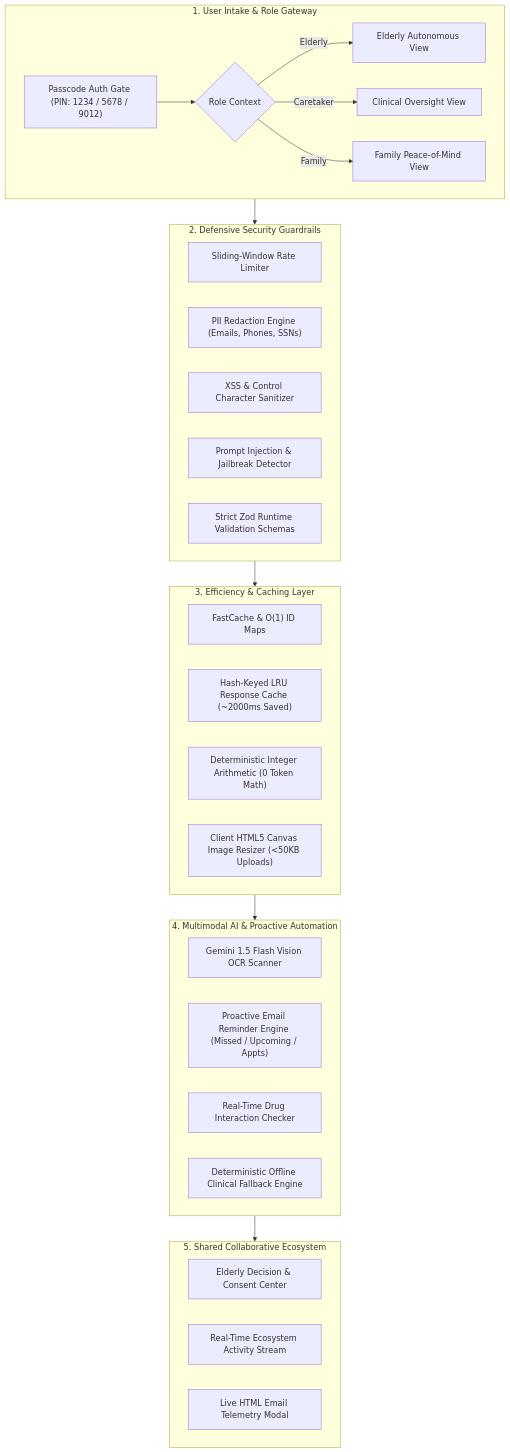
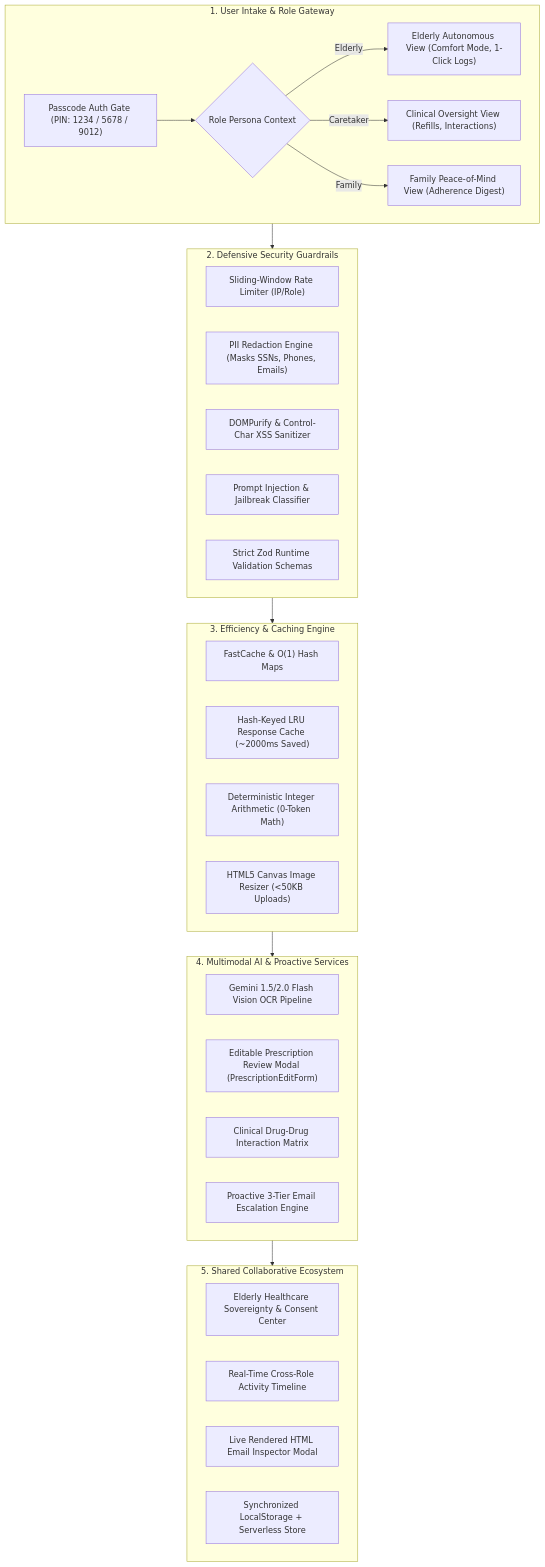
One commit to 2007Talha/ElderlyCareApp changed the diagram in README.md. Above: the diagram before and after it, drawn with Mermaid. The commit also changed other lines of this file, not shown here.

Commit message:
docs: enrich README with comprehensive 8 standout unique features, architecture, and judge walkthrough

````diff
--- a/README.md
+++ b/README.md
@@ -64,42 +128,43 @@
 ```mermaid
 flowchart TD
     subgraph Intake["1. User Intake & Role Gateway"]
-        A["Passcode Auth Gate (PIN: 1234 / 5678 / 9012)"] --> B{"Role Context"}
-        B -->|Elderly| C1["Elderly Autonomous View"]
-        B -->|Caretaker| C2["Clinical Oversight View"]
-        B -->|Family| C3["Family Peace-of-Mind View"]
+        A["Passcode Auth Gate (PIN: 1234 / 5678 / 9012)"] --> B{"Role Persona Context"}
+        B -->|Elderly| C1["Elderly Autonomous View (Comfort Mode, 1-Click Logs)"]
+        B -->|Caretaker| C2["Clinical Oversight View (Refills, Interactions)"]
+        B -->|Family| C3["Family Peace-of-Mind View (Adherence Digest)"]
     end
 
     subgraph Security["2. Defensive Security Guardrails"]
-        D1["Sliding-Window Rate Limiter"]
-        D2["PII Redaction Engine (Emails, Phones, SSNs)"]
-        D3["XSS & Control Character Sanitizer"]
-        D4["Prompt Injection & Jailbreak Detector"]
+        D1["Sliding-Window Rate Limiter (IP/Role)"]
+        D2["PII Redaction Engine (Masks SSNs, Phones, Emails)"]
+        D3["DOMPurify & Control-Char XSS Sanitizer"]
+        D4["Prompt Injection & Jailbreak Classifier"]
         D5["Strict Zod Runtime Validation Schemas"]
     end
 
-    subgraph Efficiency["3. Efficiency & Caching Layer"]
-        E1["FastCache & O(1) ID Maps"]
+    subgraph Efficiency["3. Efficiency & Caching Engine"]
+        E1["FastCache & O(1) Hash Maps"]
         E2["Hash-Keyed LRU Response Cache (~2000ms Saved)"]
-        E3["Deterministic Integer Arithmetic (0 Token Math)"]
-        E4["Client HTML5 Canvas Image Resizer (<50KB Uploads)"]
+        E3["Deterministic Integer Arithmetic (0-Token Math)"]
+        E4["HTML5 Canvas Image Resizer (<50KB Uploads)"]
     end
 
-    subgraph Engine["4. Multimodal AI & Proactive Automation"]
-        F1["Gemini 1.5 Flash Vision OCR Scanner"]
-        F2["Proactive Email Reminder Engine (Missed / Upcoming / Appts)"]
-        F3["Real-Time Drug Interaction Checker"]
-        F4["Deterministic Offline Clinical Fallback Engine"]
+    subgraph CoreEngine["4. Multimodal AI & Proactive Services"]
+        F1["Gemini 1.5/2.0 Flash Vision OCR Pipeline"]
+        F2["Editable Prescription Review Modal (PrescriptionEditForm)"]
+        F3["Clinical Drug-Drug Interaction Matrix"]
+        F4["Proactive 3-Tier Email Escalation Engine"]
     end
 
-    subgraph Shared["5. Shared Collaborative Ecosystem"]
-        G1["Elderly Decision & Consent Center"]
-        G2["Real-Time Ecosystem Activity Stream"]
-        G3["Live HTML Email Telemetry Modal"]
+    subgraph SharedEco["5. Shared Collaborative Ecosystem"]
+        G1["Elderly Healthcare Sovereignty & Consent Center"]
+        G2["Real-Time Cross-Role Activity Timeline"]
+        G3["Live Rendered HTML Email Inspector Modal"]
+        G4["Synchronized LocalStorage + Serverless Store"]
     end
 
     Intake --> Security
     Security --> Efficiency
-    Efficiency --> Engine
-    Engine --> Shared
+    Efficiency --> CoreEngine
+    CoreEngine --> SharedEco
 ```
````
